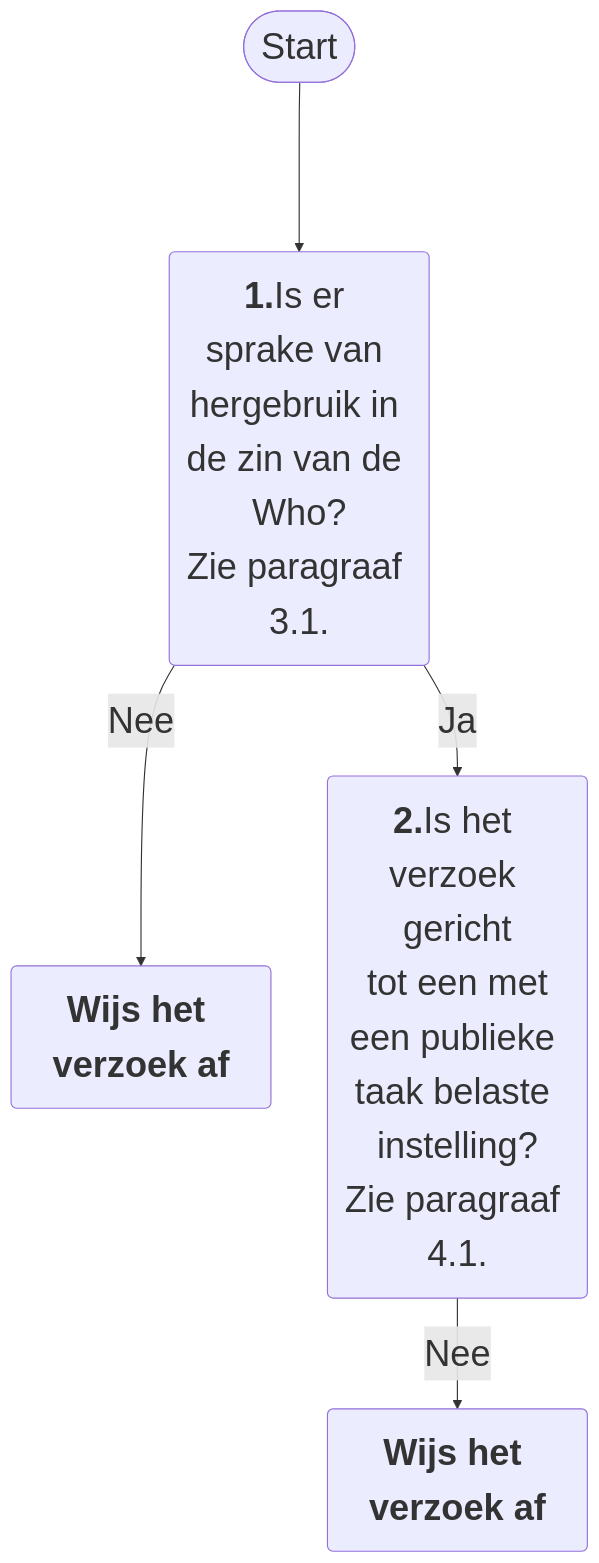
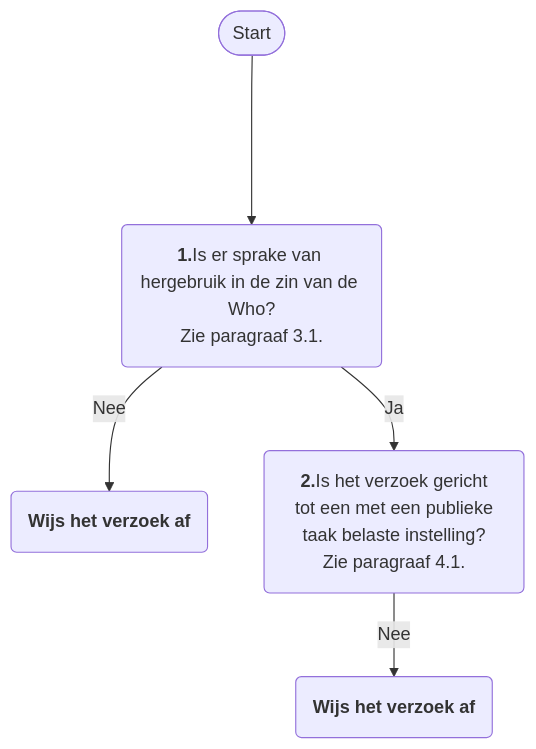
One commit to MinBZK/Handleiding-hWho changed the diagram in Stappenplan.md. Above: the diagram before and after it, drawn with Mermaid.

````diff
--- a/Stappenplan.md
+++ b/Stappenplan.md
@@ -6,11 +6,11 @@
 ```mermaid
 
-%%{ init: { 'theme': 'elk', 'themeVariables': { 'fontSize': '32px', 'fontFamily': 'Arial' }}}%%
+
 graph TD
     A([Start])---->B("<b>1.</b><br/>Is er sprake van hergebruik in de zin van de Who?<br/>Zie paragraaf 3.1.")
     B("<b>1.</b>Is er sprake van hergebruik in de zin van de Who?<br/>Zie paragraaf 3.1.")--Nee-->L("<b>Wijs het verzoek af</b>")
     B("<b>1.</b>Is er sprake van hergebruik in de zin van de Who?<br/>Zie paragraaf 3.1.")--Ja-->C("<b>2.</b>Is het verzoek gericht<br/> tot een met een publieke taak belaste instelling?<br/>Zie paragraaf 4.1.")
    C("<b>2.</b>Is het verzoek gericht<br/> tot een met een publieke taak belaste instelling?<br/>Zie paragraaf 4.1.")--Nee-->R("<b>Wijs het verzoek af</b>")
 
 
 ```
````
